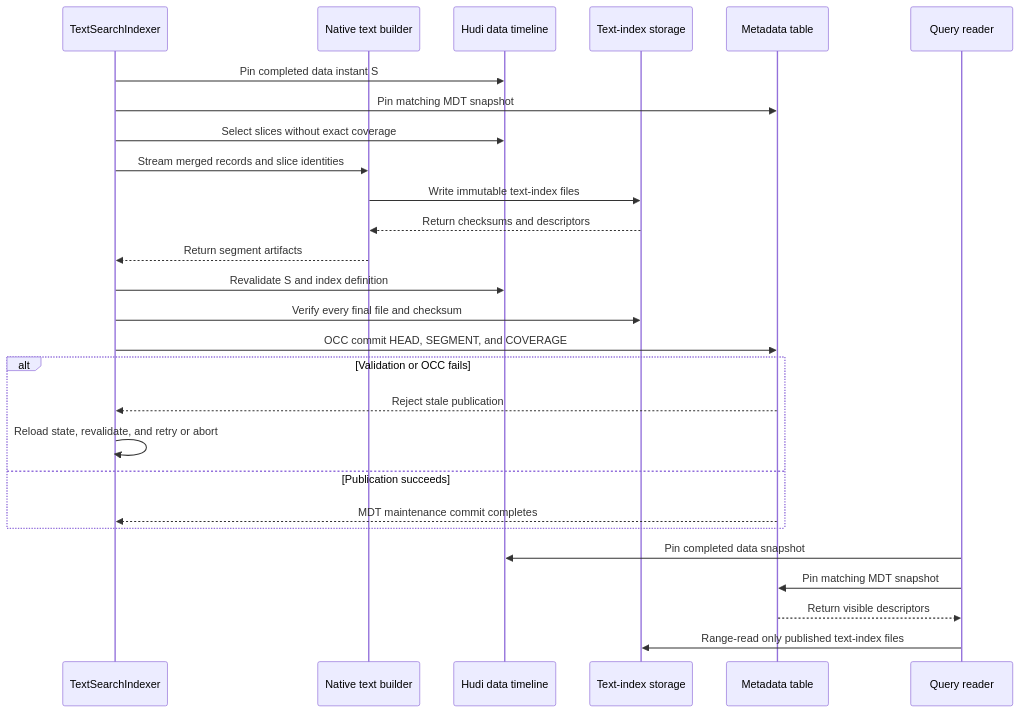
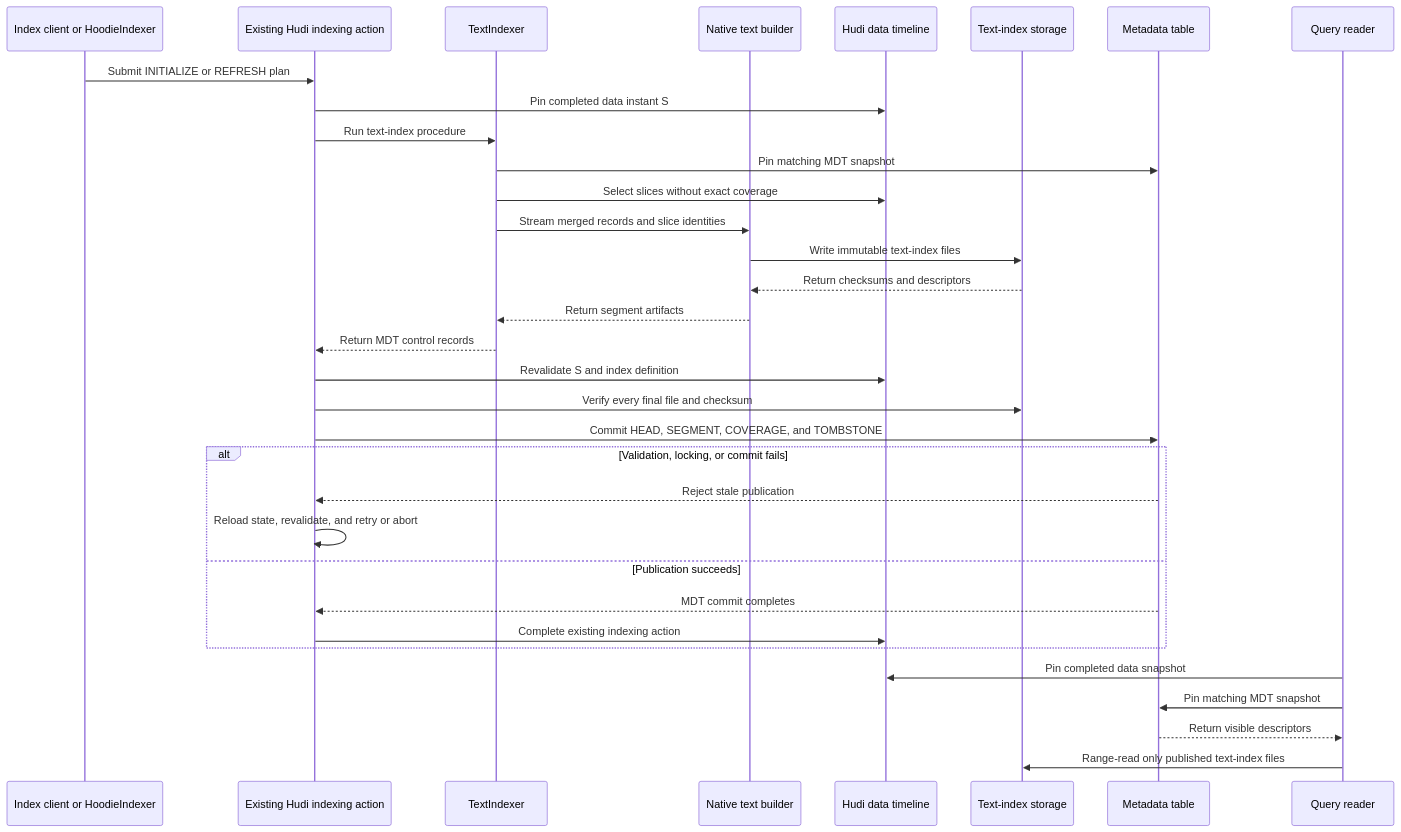
The third of 4 diagrams in rfc/rfc-110/rfc-110.md (apache/hudi), drawn with Mermaid before and after one commit. The commit also changed other lines of this file, not shown here.

Commit message:
docs: clarify RFC-110 user flow and indexing lifecycle

````diff
--- a/rfc/rfc-110/rfc-110.md
+++ b/rfc/rfc-110/rfc-110.md
@@ -648,30 +726,36 @@
 ```mermaid
 sequenceDiagram
-    participant I as TextSearchIndexer
+    participant C as Index client or HoodieIndexer
+    participant A as Existing Hudi indexing action
+    participant I as TextIndexer
     participant N as Native text builder
     participant D as Hudi data timeline
     participant S as Text-index storage
     participant M as Metadata table
     participant Q as Query reader
 
-    I->>D: Pin completed data instant S
+    C->>A: Submit INITIALIZE or REFRESH plan
+    A->>D: Pin completed data instant S
+    A->>I: Run text-index procedure
     I->>M: Pin matching MDT snapshot
     I->>D: Select slices without exact coverage
     I->>N: Stream merged records and slice identities
     N->>S: Write immutable text-index files
     S-->>N: Return checksums and descriptors
     N-->>I: Return segment artifacts
-    I->>D: Revalidate S and index definition
-    I->>S: Verify every final file and checksum
-    I->>M: OCC commit HEAD, SEGMENT, and COVERAGE
-    alt Validation or OCC fails
-        M-->>I: Reject stale publication
-        I->>I: Reload state, revalidate, and retry or abort
+    I-->>A: Return MDT control records
+    A->>D: Revalidate S and index definition
+    A->>S: Verify every final file and checksum
+    A->>M: Commit HEAD, SEGMENT, COVERAGE, and TOMBSTONE
+    alt Validation, locking, or commit fails
+        M-->>A: Reject stale publication
+        A->>A: Reload state, revalidate, and retry or abort
     else Publication succeeds
-        M-->>I: MDT maintenance commit completes
+        M-->>A: MDT commit completes
+        A->>D: Complete existing indexing action
     end
     Q->>D: Pin completed data snapshot
     Q->>M: Pin matching MDT snapshot
     M-->>Q: Return visible descriptors
     Q->>S: Range-read only published text-index files
 ```
````
